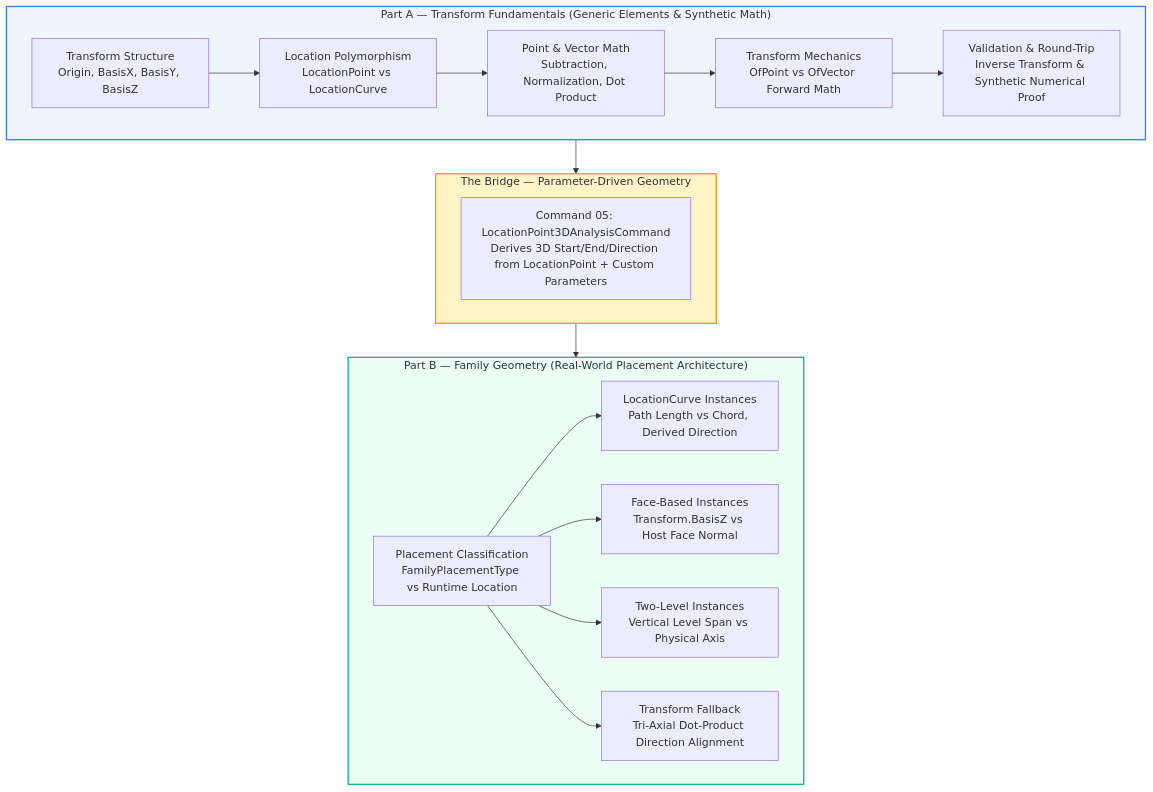
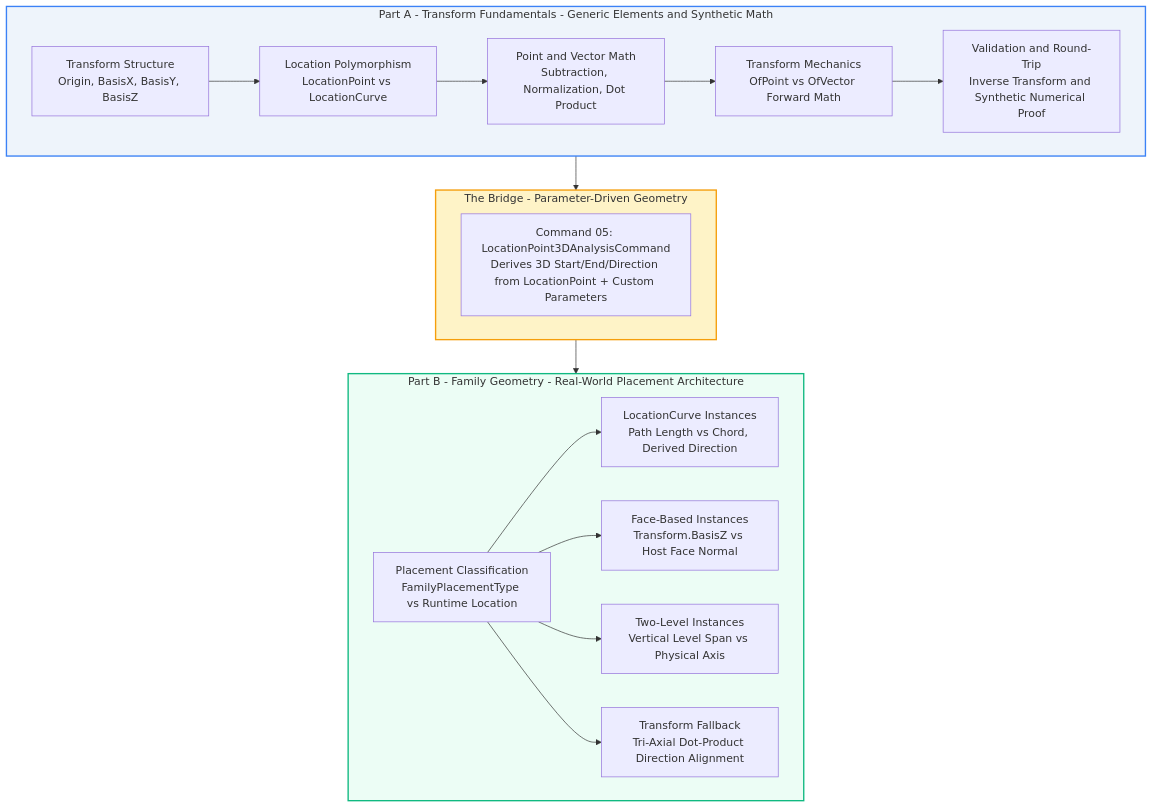
The first of 31 diagrams in RevitApiSamples/Samples/TransformModule/TransformModule.md (Mustafa-TOMMY/CommandSamplesRevitApiVer2025), drawn with Mermaid before and after one commit. The commit also changed other lines of this file, not shown here.

Commit message:
Update the mermaid sections

````diff
--- a/RevitApiSamples/Samples/TransformModule/TransformModule.md
+++ b/RevitApiSamples/Samples/TransformModule/TransformModule.md
@@ -10,27 +10,27 @@
 ```mermaid
 flowchart TD
-    subgraph PartA["Part A — Transform Fundamentals (Generic Elements & Synthetic Math)"]
-        A1["Transform Structure\nOrigin, BasisX, BasisY, BasisZ"] --> A2["Location Polymorphism\nLocationPoint vs LocationCurve"]
-        A2 --> A3["Point & Vector Math\nSubtraction, Normalization, Dot Product"]
-        A3 --> A4["Transform Mechanics\nOfPoint vs OfVector Forward Math"]
-        A4 --> A5["Validation & Round-Trip\nInverse Transform & Synthetic Numerical Proof"]
+    subgraph PartA["Part A - Transform Fundamentals - Generic Elements and Synthetic Math"]
+        A1["Transform Structure<br/>Origin, BasisX, BasisY, BasisZ"] --> A2["Location Polymorphism<br/>LocationPoint vs LocationCurve"]
+        A2 --> A3["Point and Vector Math<br/>Subtraction, Normalization, Dot Product"]
+        A3 --> A4["Transform Mechanics<br/>OfPoint vs OfVector Forward Math"]
+        A4 --> A5["Validation and Round-Trip<br/>Inverse Transform and Synthetic Numerical Proof"]
     end
 
-    subgraph Bridge["The Bridge — Parameter-Driven Geometry"]
-        BR["Command 05: LocationPoint3DAnalysisCommand\nDerives 3D Start/End/Direction from LocationPoint + Custom Parameters"]
+    subgraph Bridge["The Bridge - Parameter-Driven Geometry"]
+        BR["Command 05: LocationPoint3DAnalysisCommand<br/>Derives 3D Start/End/Direction from LocationPoint + Custom Parameters"]
     end
 
-    subgraph PartB["Part B — Family Geometry (Real-World Placement Architecture)"]
-        B1["Placement Classification\nFamilyPlacementType vs Runtime Location"] --> B2["LocationCurve Instances\nPath Length vs Chord, Derived Direction"]
-        B1 --> B3["Face-Based Instances\nTransform.BasisZ vs Host Face Normal"]
-        B1 --> B4["Two-Level Instances\nVertical Level Span vs Physical Axis"]
-        B1 --> B5["Transform Fallback\nTri-Axial Dot-Product Direction Alignment"]
+    subgraph PartB["Part B - Family Geometry - Real-World Placement Architecture"]
+        B1["Placement Classification<br/>FamilyPlacementType vs Runtime Location"] --> B2["LocationCurve Instances<br/>Path Length vs Chord, Derived Direction"]
+        B1 --> B3["Face-Based Instances<br/>Transform.BasisZ vs Host Face Normal"]
+        B1 --> B4["Two-Level Instances<br/>Vertical Level Span vs Physical Axis"]
+        B1 --> B5["Transform Fallback<br/>Tri-Axial Dot-Product Direction Alignment"]
     end
 
     PartA --> Bridge
     Bridge --> PartB
 
     style PartA fill:#eef4fb,stroke:#3b82f6,stroke-width:2px
     style Bridge fill:#fef3c7,stroke:#f59e0b,stroke-width:2px
     style PartB fill:#ecfdf5,stroke:#10b981,stroke-width:2px
 ```
````
